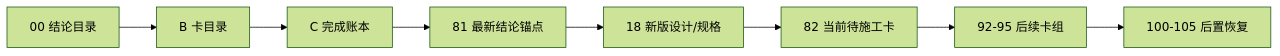
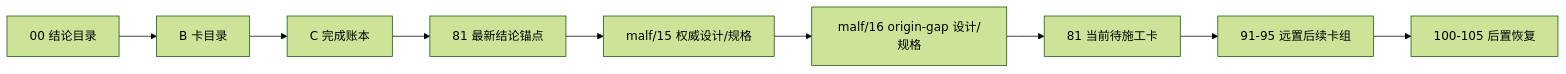
Before and after one commit to everything-is-simple/lifespan-0.01: the diagram in docs/03-execution/A-execution-reading-order-20260409.md, drawn with Mermaid (forest theme). The commit also changed other lines of this file and 17 other files, not shown here.

Commit message:
docs: freeze malf origin semantic gap card

````diff
--- a/docs/03-execution/A-execution-reading-order-20260409.md
+++ b/docs/03-execution/A-execution-reading-order-20260409.md
@@ -27,10 +29,11 @@
 ```mermaid
 flowchart LR
     CONC["00 结论目录"] --> BCAT["B 卡目录"]
     BCAT --> CLED["C 完成账本"]
     CLED --> ANC["81 最新结论锚点"]
-    ANC --> DES["18 新版设计/规格"]
-    DES --> G79["82 当前待施工卡"]
-    G79 --> G84["92-95 后续卡组"]
+    ANC --> DES["malf/15 权威设计/规格"]
+    DES --> GAP["malf/16 origin-gap 设计/规格"]
+    GAP --> G79["81 当前待施工卡"]
+    G79 --> G84["91-95 远置后续卡组"]
     G84 --> NEXT["100-105 后置恢复"]
 ```
````
